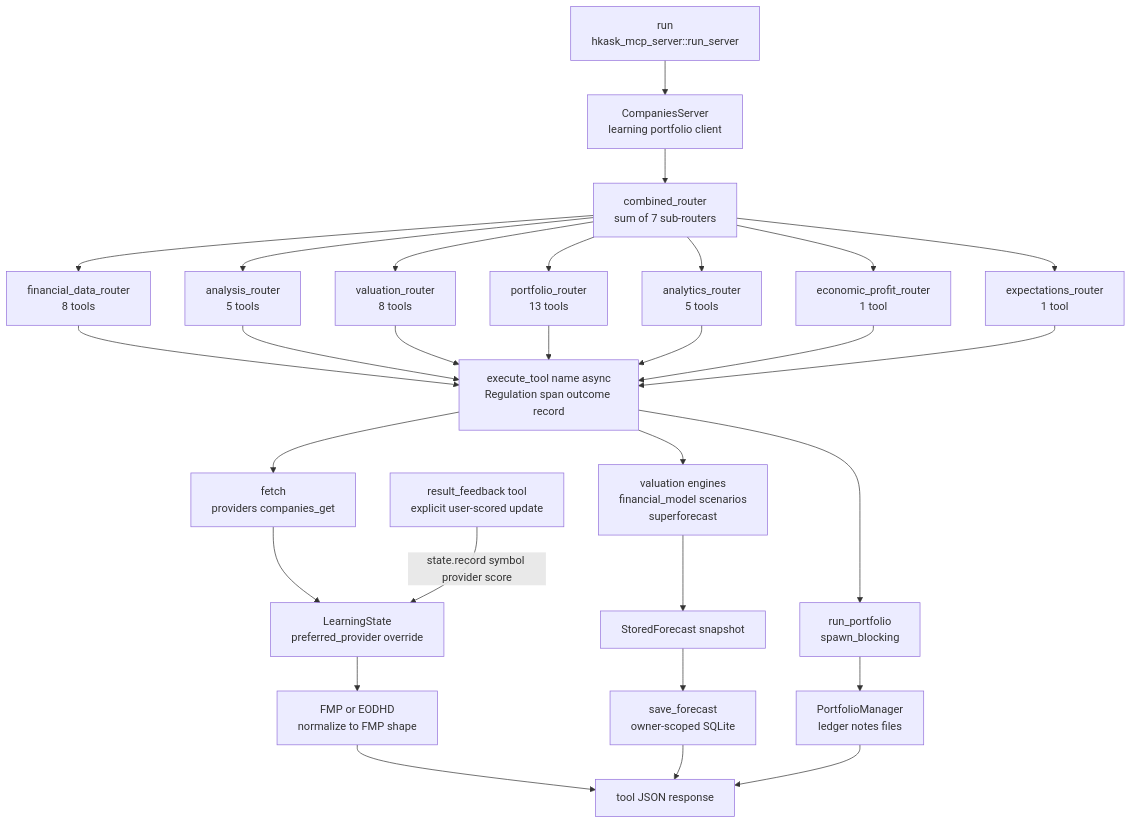
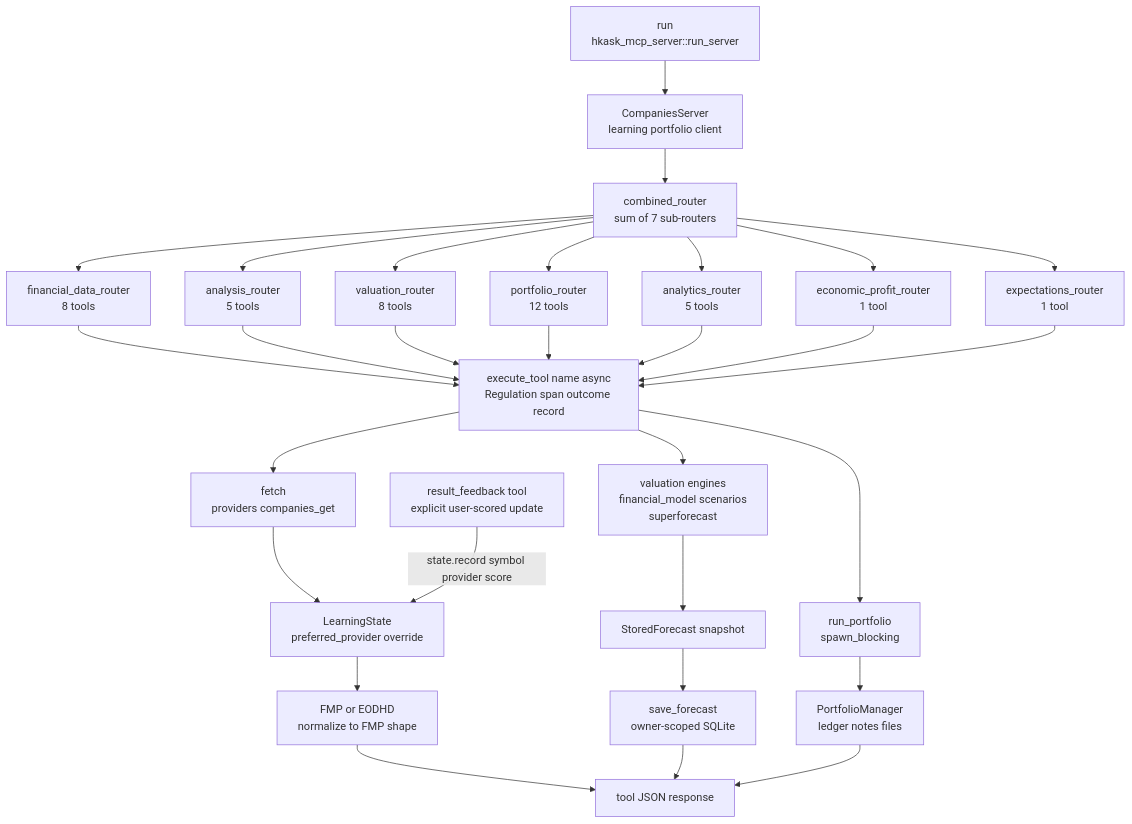
One commit to mdz-axo/zed-kask changed the diagram in kask/docs/reference/mcp-servers/companies.md. Above: the diagram before and after it, drawn with Mermaid. The commit also changed other lines of this file and 33 other files, not shown here.

````diff
--- a/kask/docs/reference/mcp-servers/companies.md
+++ b/kask/docs/reference/mcp-servers/companies.md
@@ -34,33 +34,33 @@
 ```mermaid
 flowchart TD
     Boot["run<br/>hkask_mcp_server::run_server"]
     Boot --> Srv["CompaniesServer<br/>learning portfolio client"]
     Srv --> Comb["combined_router<br/>sum of 7 sub-routers"]
     Comb --> R1["financial_data_router<br/>8 tools"]
     Comb --> R2["analysis_router<br/>5 tools"]
     Comb --> R3["valuation_router<br/>8 tools"]
-    Comb --> R4["portfolio_router<br/>13 tools"]
+    Comb --> R4["portfolio_router<br/>12 tools"]
     Comb --> R5["analytics_router<br/>5 tools"]
     Comb --> R6["economic_profit_router<br/>1 tool"]
     Comb --> R7["expectations_router<br/>1 tool"]
     R1 --> Seam["execute_tool name async<br/>Regulation span outcome record"]
     R2 --> Seam
     R3 --> Seam
     R4 --> Seam
     R5 --> Seam
     R6 --> Seam
     R7 --> Seam
     Seam --> SinkA["fetch<br/>providers companies_get"]
     Seam --> SinkB["valuation engines<br/>financial_model scenarios<br/>superforecast"]
     Seam --> SinkC["run_portfolio<br/>spawn_blocking"]
     SinkA --> Learn["LearningState<br/>preferred_provider override"]
     Learn --> FmpEod["FMP or EODHD<br/>normalize to FMP shape"]
     FmpEod --> Out["tool JSON response"]
     SinkB --> Stored["StoredForecast snapshot"]
     Stored --> Persist["save_forecast<br/>owner-scoped SQLite"]
     SinkC --> Ledger["PortfolioManager<br/>ledger notes files"]
     Persist --> Out
     Feedback["result_feedback tool<br/>explicit user-scored update"]
     Feedback -->|"state.record symbol provider score"| Learn
     Ledger --> Out
 ```
````
